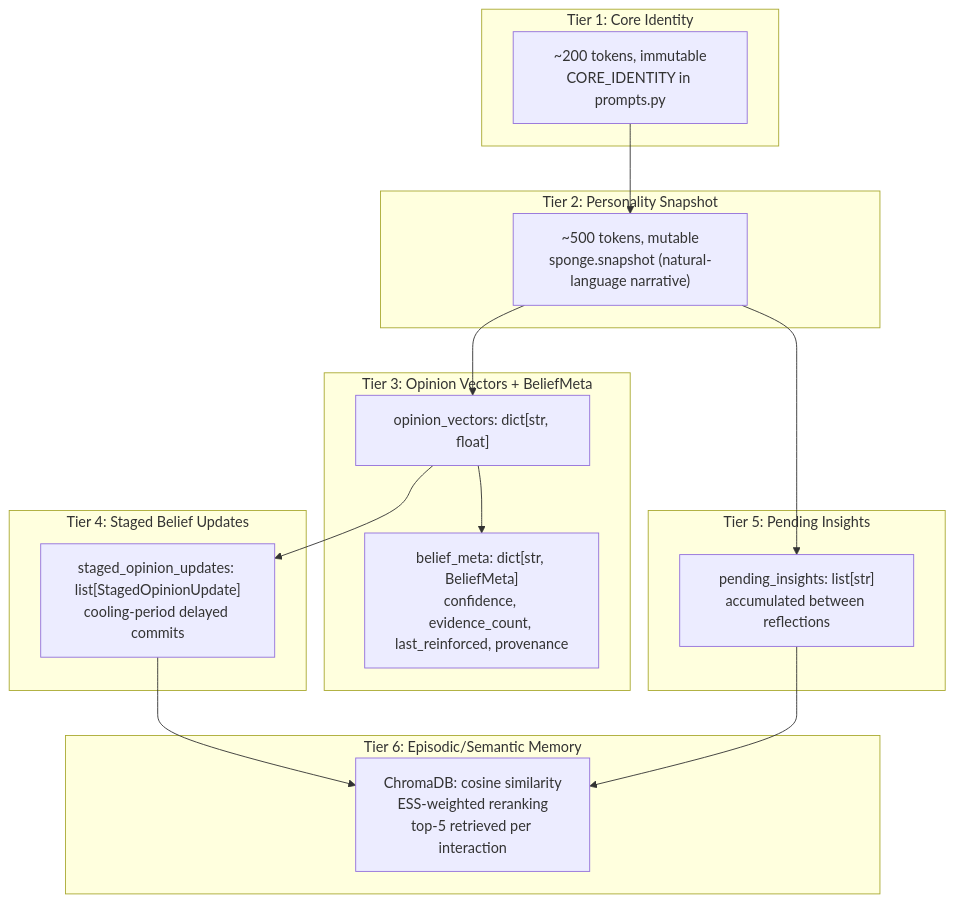
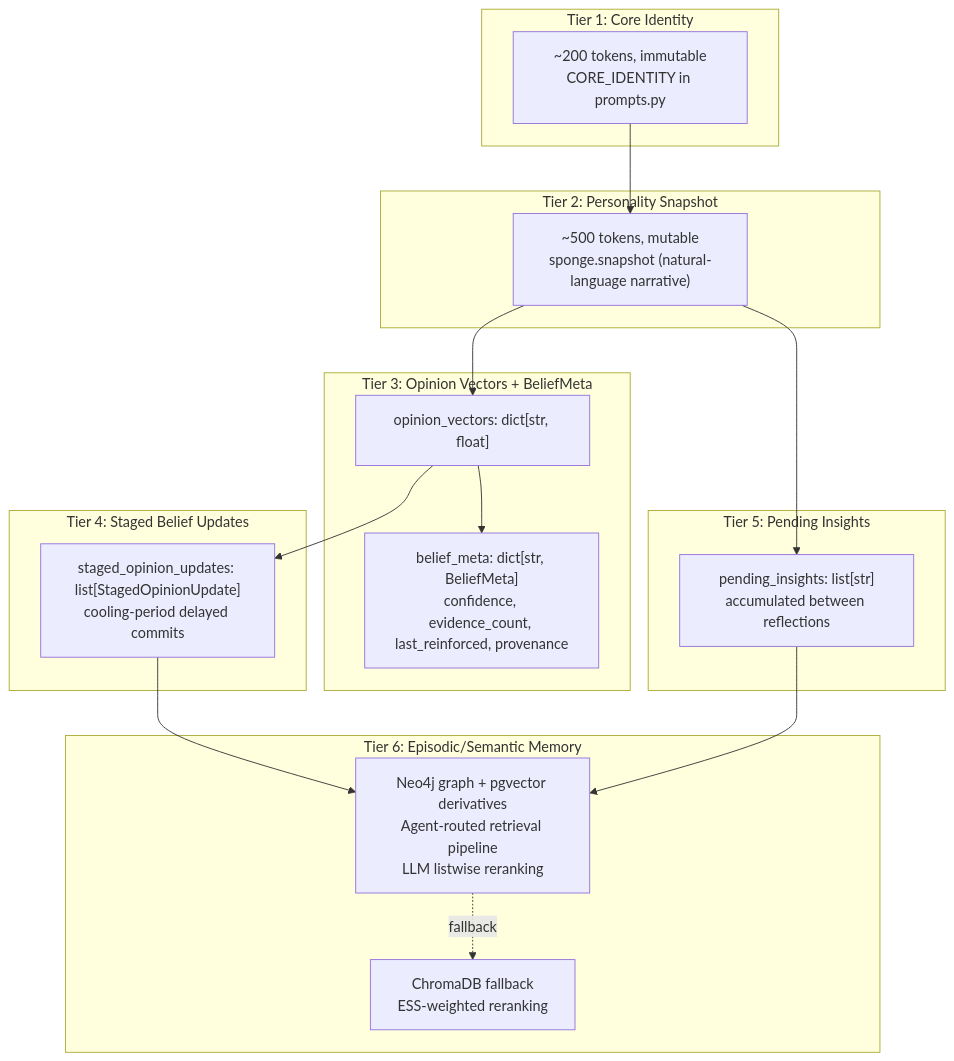
The second of 2 diagrams in docs/architecture/memory-model.md (Okm165/Sonality), drawn with Mermaid before and after one commit. The commit also changed other lines of this file and 8 other files, not shown here.

First line of the commit message:
docs: update documentation for three-layer memory architecture

````diff
--- a/docs/architecture/memory-model.md
+++ b/docs/architecture/memory-model.md
@@ -7,35 +45,37 @@
 ```mermaid
 flowchart TB
     subgraph Tier1["Tier 1: Core Identity"]
         CI["~200 tokens, immutable\nCORE_IDENTITY in prompts.py"]
     end
 
     subgraph Tier2["Tier 2: Personality Snapshot"]
         PS["~500 tokens, mutable\nsponge.snapshot (natural-language narrative)"]
     end
 
     subgraph Tier3["Tier 3: Opinion Vectors + BeliefMeta"]
         OV["opinion_vectors: dict[str, float]"]
         BM["belief_meta: dict[str, BeliefMeta]\nconfidence, evidence_count, last_reinforced, provenance"]
     end
 
     subgraph Tier4["Tier 4: Staged Belief Updates"]
         SU["staged_opinion_updates: list[StagedOpinionUpdate]\ncooling-period delayed commits"]
     end
 
     subgraph Tier5["Tier 5: Pending Insights"]
         PI["pending_insights: list[str]\naccumulated between reflections"]
     end
 
     subgraph Tier6["Tier 6: Episodic/Semantic Memory"]
-        EP["ChromaDB: cosine similarity\nESS-weighted reranking\ntop-5 retrieved per interaction"]
+        EP["Neo4j graph + pgvector derivatives\nAgent-routed retrieval pipeline\nLLM listwise reranking"]
+        LEGACY["ChromaDB fallback\nESS-weighted reranking"]
     end
 
     CI --> PS
     PS --> OV
     OV --> BM
     OV --> SU
     PS --> PI
     SU --> EP
     PI --> EP
+    EP -.->|fallback| LEGACY
 ```
````
